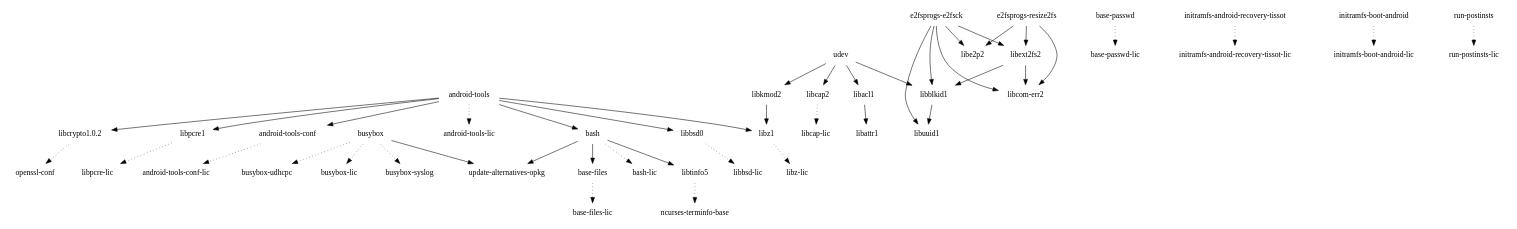
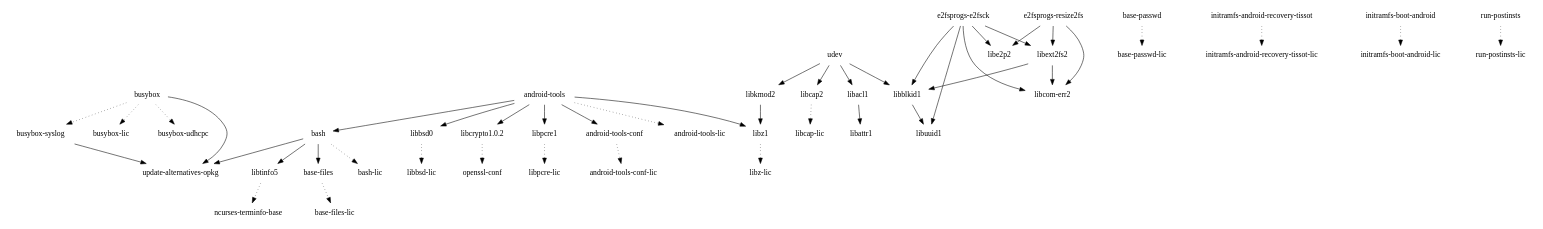
One commit to webOS-ports/buildhistory changed the diagram in images/tissot/glibc/initramfs-android-image/depends-nokernel-nolibc.dot. Above: the diagram before and after it, drawn with Graphviz. The commit also changed 7231 other files, not shown here.

```diff
--- a/images/tissot/glibc/initramfs-android-image/depends-nokernel-nolibc.dot
+++ b/images/tissot/glibc/initramfs-android-image/depends-nokernel-nolibc.dot
@@ -1,47 +1,48 @@
 digraph depends {
     node [shape=plaintext]
 "android-tools" -> "android-tools-conf"
 "android-tools" -> "android-tools-lic" [style=dotted]
 "android-tools" -> "bash"
 "android-tools-conf" -> "android-tools-conf-lic" [style=dotted]
 "android-tools" -> "libbsd0"
 "android-tools" -> "libcrypto1.0.2"
 "android-tools" -> "libpcre1"
 "android-tools" -> "libz1"
 "base-files" -> "base-files-lic" [style=dotted]
 "base-passwd" -> "base-passwd-lic" [style=dotted]
 "bash" -> "base-files"
 "bash" -> "bash-lic" [style=dotted]
 "bash" -> "libtinfo5"
 "bash" -> "update-alternatives-opkg"
 "busybox" -> "busybox-lic" [style=dotted]
 "busybox" -> "busybox-syslog" [style=dotted]
 "busybox" -> "busybox-udhcpc" [style=dotted]
+"busybox-syslog" -> "update-alternatives-opkg"
 "busybox" -> "update-alternatives-opkg"
 "e2fsprogs-e2fsck" -> "libblkid1"
 "e2fsprogs-e2fsck" -> "libcom-err2"
 "e2fsprogs-e2fsck" -> "libe2p2"
 "e2fsprogs-e2fsck" -> "libext2fs2"
 "e2fsprogs-e2fsck" -> "libuuid1"
 "e2fsprogs-resize2fs" -> "libcom-err2"
 "e2fsprogs-resize2fs" -> "libe2p2"
 "e2fsprogs-resize2fs" -> "libext2fs2"
 "initramfs-android-recovery-tissot" -> "initramfs-android-recovery-tissot-lic" [style=dotted]
 "initramfs-boot-android" -> "initramfs-boot-android-lic" [style=dotted]
 "libacl1" -> "libattr1"
 "libblkid1" -> "libuuid1"
 "libbsd0" -> "libbsd-lic" [style=dotted]
 "libcap2" -> "libcap-lic" [style=dotted]
 "libcrypto1.0.2" -> "openssl-conf" [style=dotted]
 "libext2fs2" -> "libblkid1"
 "libext2fs2" -> "libcom-err2"
 "libkmod2" -> "libz1"
 "libpcre1" -> "libpcre-lic" [style=dotted]
 "libtinfo5" -> "ncurses-terminfo-base" [style=dotted]
 "libz1" -> "libz-lic" [style=dotted]
 "run-postinsts" -> "run-postinsts-lic" [style=dotted]
 "udev" -> "libacl1"
 "udev" -> "libblkid1"
 "udev" -> "libcap2"
 "udev" -> "libkmod2"
 }
```
